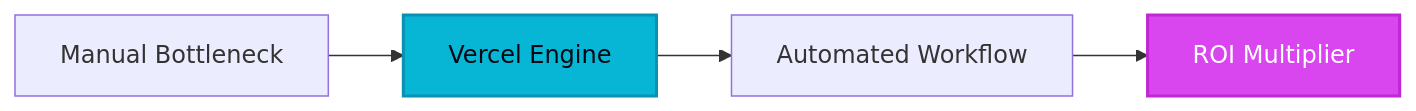
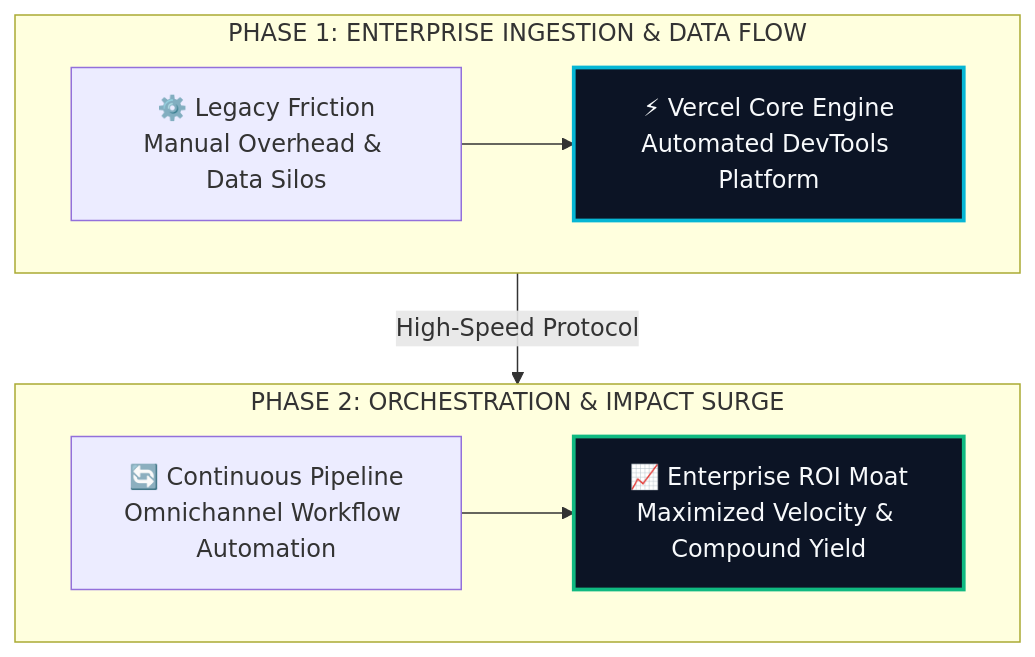
Before and after one commit to heliatech-media/saas-radar: the diagram in site/src/content/blog/vercel-evolution-guide-2026.md, drawn with Mermaid. The commit also changed 97 other files, not shown here.

First line of the commit message:
feat(diagrams): upgrade all article architecture schemas to high-impact 2-tier responsive vector blueprints

````diff
--- a/site/src/content/blog/vercel-evolution-guide-2026.md
+++ b/site/src/content/blog/vercel-evolution-guide-2026.md
@@ -62,8 +62,14 @@
 ```mermaid
-flowchart LR
-    A[Manual Bottleneck] --> B[Vercel Engine]
-    B --> C[Automated Workflow]
-    C --> D[ROI Multiplier]
-    style B fill:#06b6d4,stroke:#0891b2,stroke-width:2px,color:#030712
-    style D fill:#d946ef,stroke:#c026d3,stroke-width:2px,color:#ffffff
+flowchart TD
+    subgraph S1["PHASE 1: ENTERPRISE INGESTION & DATA FLOW"]
+        direction LR
+        A["⚙️ Legacy Friction<br/>Manual Overhead & Data Silos"] --> B["⚡ Vercel Core Engine<br/>Automated DevTools Platform"]
+    end
+    subgraph S2["PHASE 2: ORCHESTRATION & IMPACT SURGE"]
+        direction LR
+        C["🔄 Continuous Pipeline<br/>Omnichannel Workflow Automation"] --> D["📈 Enterprise ROI Moat<br/>Maximized Velocity & Compound Yield"]
+    end
+    S1 -->|High-Speed Protocol| S2
+    style B fill:#0c1425,stroke:#06b6d4,stroke-width:2.5px,color:#f8fafc
+    style D fill:#0c1425,stroke:#10b981,stroke-width:2.5px,color:#f8fafc
 ```
````
